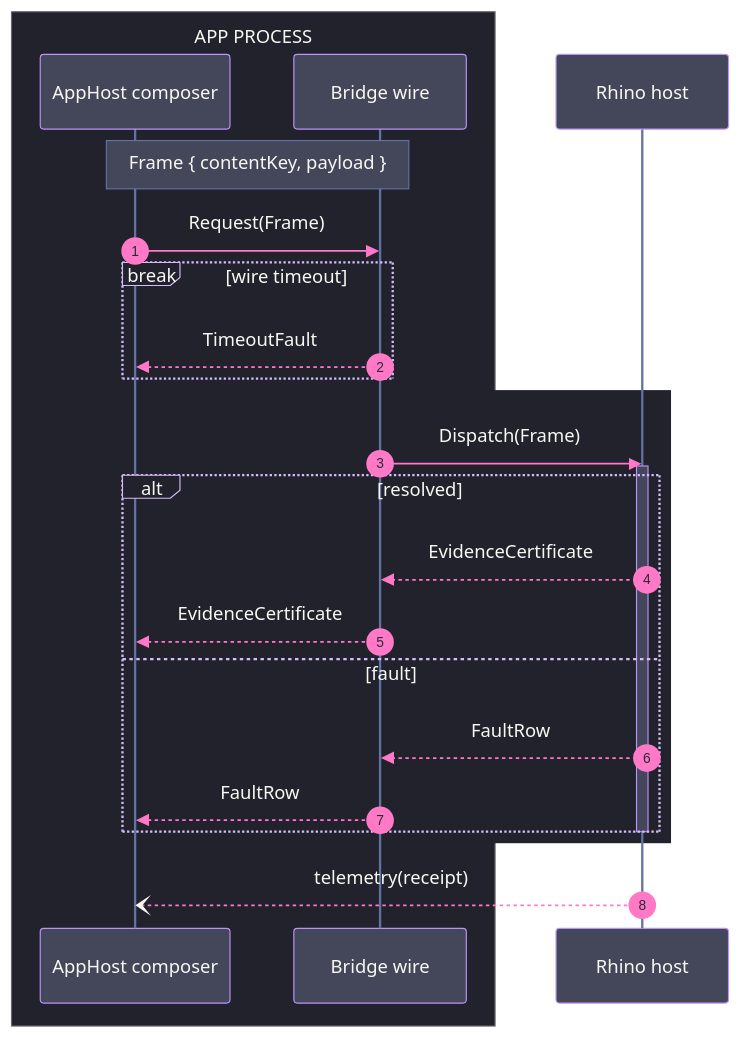
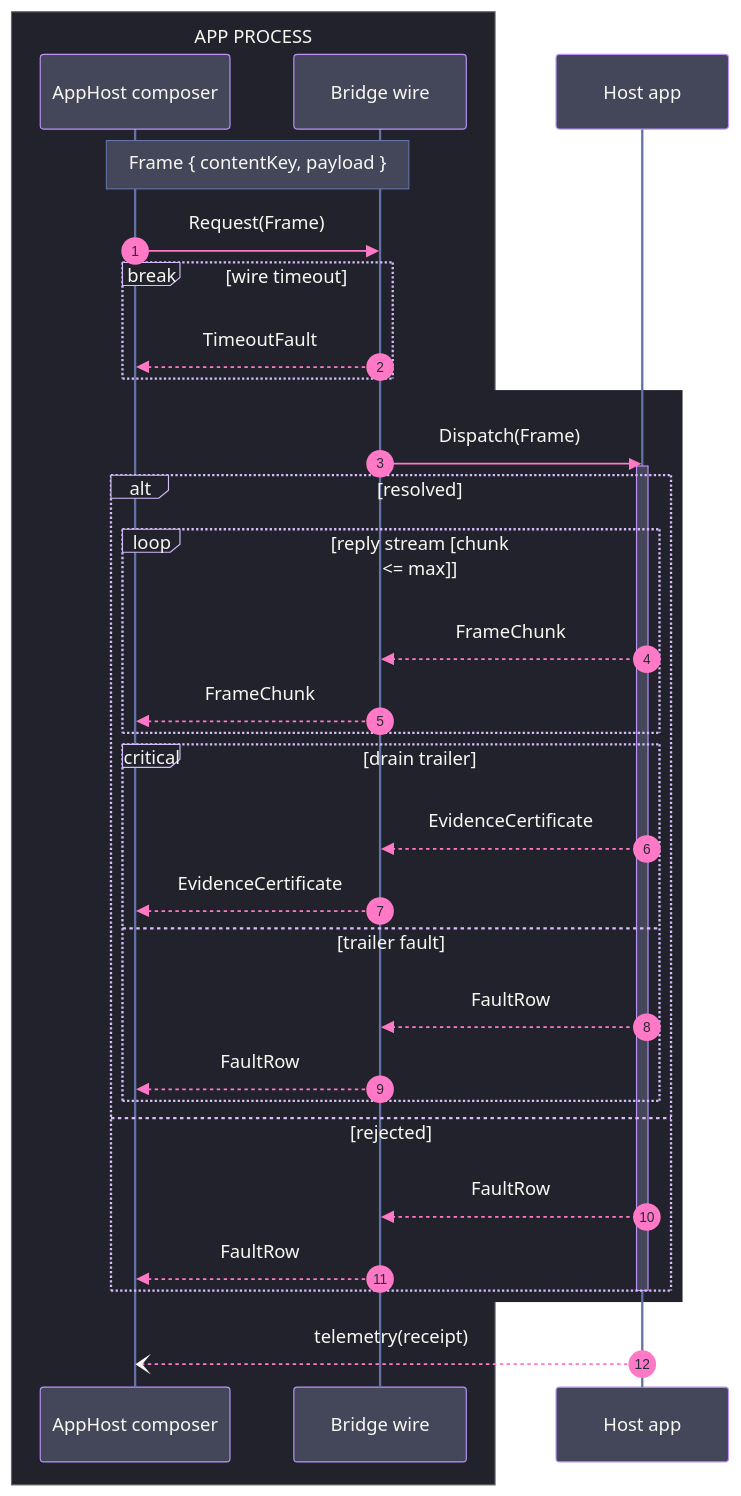
One commit to bsamiee/Parametric_Forge changed the diagram in .claude/skills/mermaid-diagramming/templates/wire-sequence.mmd.md. Above: the diagram before and after it, drawn with Mermaid. The commit also changed other lines of this file and 263 other files, not shown here.

````diff
--- a/.claude/skills/mermaid-diagramming/templates/wire-sequence.mmd.md
+++ b/.claude/skills/mermaid-diagramming/templates/wire-sequence.mmd.md
@@ -5,59 +5,68 @@
 ```mermaid
 ---
 config:
   theme: base
   look: classic
   themeVariables:
     darkMode: true
     fontFamily: "SF Mono, Menlo, Cascadia Mono, Segoe UI Mono, Consolas, monospace"
     useGradient: false
     dropShadow: "none"
     background: "#282A36"
     primaryColor: "#44475A"
     primaryTextColor: "#F8F8F2"
     noteBkgColor: "#44475A"
     noteTextColor: "#F8F8F2"
     noteBorderColor: "#6272A4"
     actorBkg: "#44475A"
     actorBorder: "#BD93F9"
     actorTextColor: "#F8F8F2"
     actorLineColor: "#6272A4"
     signalColor: "#FF79C6"
     signalTextColor: "#F8F8F2"
     sequenceNumberColor: "#282A36"
     activationBkgColor: "#44475A"
     activationBorderColor: "#BD93F9"
     loopTextColor: "#F8F8F2"
     labelBoxBkgColor: "#21222C"
     labelBoxBorderColor: "#D6BCFA"
     labelTextColor: "#F8F8F2"
   themeCSS: "text.actor tspan{font-size:13px;font-weight:600}.messageText{font-size:12px;font-weight:500}.noteText{font-size:12px}.loopText,.labelText{font-size:12px;font-weight:500}.messageLine0{stroke-width:2px}.messageLine1{stroke-width:1.5px;stroke-dasharray:4 6}.actor{stroke-width:1.5px}rect.actor{filter:none!important}[id$='-filled-head'] path{fill:#FF79C6;stroke:#FF79C6}"
 ---
 sequenceDiagram
     accTitle: Bridge wire exchange
-    accDescr: The app host dispatching a certified frame through the bridge wire to the Rhino host, with a timeout break, a success versus fault alternative, an async telemetry send, and the frame shape noted over the wire.
+    accDescr: The app host dispatching a certified frame through the bridge wire to the host app, with a timeout break, a bounded reply-stream loop, a mandatory trailer drain with its fault option, a rejected alternative, an async telemetry send, and the frame shape noted over the wire.
     autonumber
     box rgb(33, 34, 44) APP PROCESS
         participant C as AppHost composer
         participant W as Bridge wire
     end
-    participant R as Rhino host
+    participant R as Host app
     Note over C,W: Frame { contentKey, payload }
     C->>W: Request(Frame)
     break wire timeout
         W-->>C: TimeoutFault
     end
     rect rgb(33, 34, 44)
         W->>R: Dispatch(Frame)
         activate R
         alt resolved
-            R-->>W: EvidenceCertificate
-            W-->>C: EvidenceCertificate
-        else fault
+            loop reply stream [chunk <= max]
+                R-->>W: FrameChunk
+                W-->>C: FrameChunk
+            end
+            critical drain trailer
+                R-->>W: EvidenceCertificate
+                W-->>C: EvidenceCertificate
+            option trailer fault
+                R-->>W: FaultRow
+                W-->>C: FaultRow
+            end
+        else rejected
             R-->>W: FaultRow
             W-->>C: FaultRow
         end
         deactivate R
     end
     R--)C: telemetry(receipt)
 ```
````
